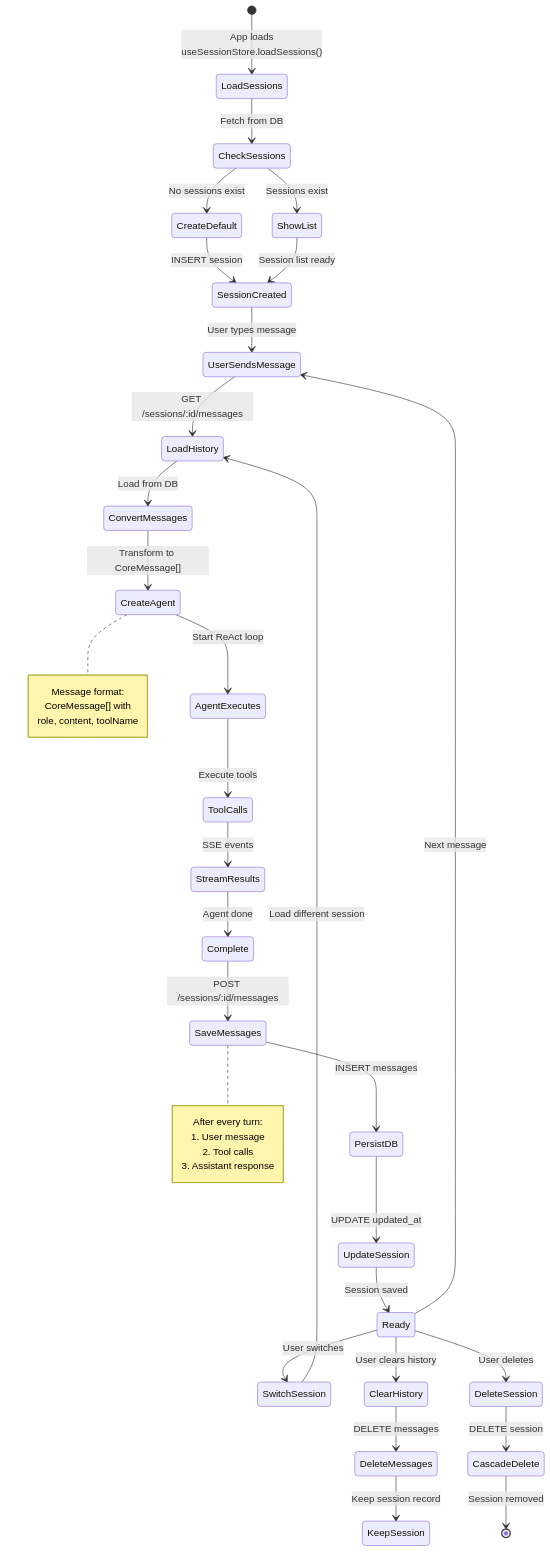
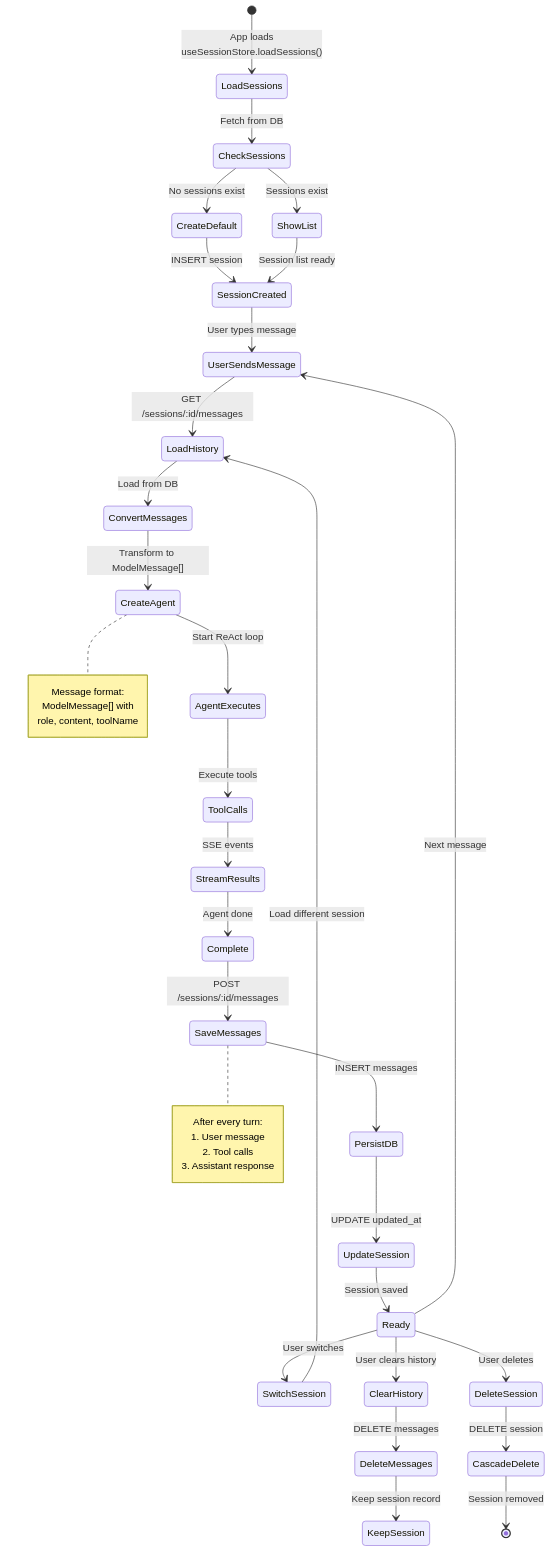
Before and after one commit to gabros20/react-agent-prototype: the fourth of 8 diagrams in docs/architecture/MODULE_INTEGRATION_PATTERNS.md, drawn with Mermaid. The commit also changed other lines of this file and 25 other files, not shown here.

````diff
--- a/docs/architecture/MODULE_INTEGRATION_PATTERNS.md
+++ b/docs/architecture/MODULE_INTEGRATION_PATTERNS.md
@@ -497,54 +497,54 @@
 ```mermaid
 stateDiagram-v2
     [*] --> LoadSessions: App loads<br/>useSessionStore.loadSessions()
     
     LoadSessions --> CheckSessions: Fetch from DB
     CheckSessions --> CreateDefault: No sessions exist
     CheckSessions --> ShowList: Sessions exist
     
     CreateDefault --> SessionCreated: INSERT session
     ShowList --> SessionCreated: Session list ready
     
     SessionCreated --> UserSendsMessage: User types message
     UserSendsMessage --> LoadHistory: GET /sessions/:id/messages
     
     LoadHistory --> ConvertMessages: Load from DB
-    ConvertMessages --> CreateAgent: Transform to CoreMessage[]
+    ConvertMessages --> CreateAgent: Transform to ModelMessage[]
     
     CreateAgent --> AgentExecutes: Start ReAct loop
     AgentExecutes --> ToolCalls: Execute tools
     ToolCalls --> StreamResults: SSE events
     
     StreamResults --> Complete: Agent done
     Complete --> SaveMessages: POST /sessions/:id/messages
     
     SaveMessages --> PersistDB: INSERT messages
     PersistDB --> UpdateSession: UPDATE updated_at
     
     UpdateSession --> Ready: Session saved
     Ready --> UserSendsMessage: Next message
     
     Ready --> SwitchSession: User switches
     SwitchSession --> LoadHistory: Load different session
     
     Ready --> ClearHistory: User clears history
     ClearHistory --> DeleteMessages: DELETE messages
     DeleteMessages --> KeepSession: Keep session record
     
     Ready --> DeleteSession: User deletes
     DeleteSession --> CascadeDelete: DELETE session
     CascadeDelete --> [*]: Session removed
     
     note right of CreateAgent
         Message format:
-        CoreMessage[] with
+        ModelMessage[] with
         role, content, toolName
     end note
     
     note right of SaveMessages
         After every turn:
         1. User message
         2. Tool calls
         3. Assistant response
     end note
 ```
````
